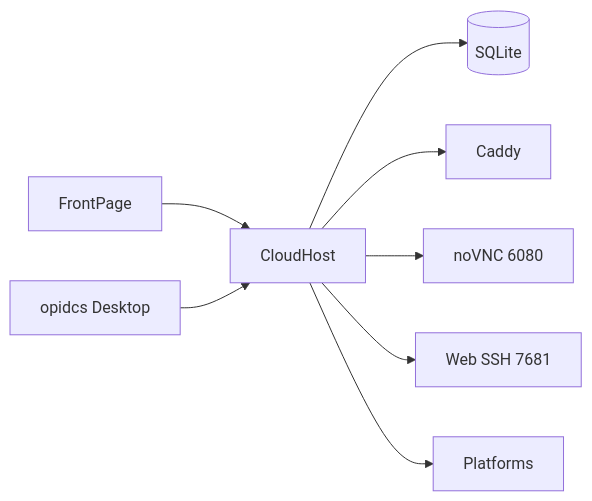
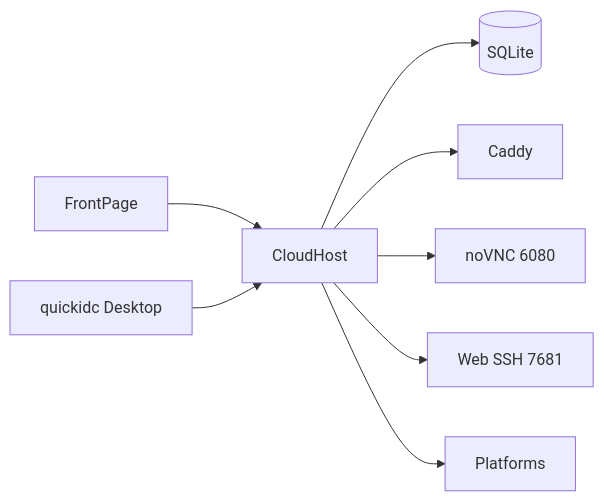
The diagram in docs/9-en/5-structure/0-index.md (OpenIDCSTeam/Documents), drawn with Mermaid before and after one commit. The commit also changed other lines of this file and 138 other files, not shown here.

````diff
--- a/docs/9-en/5-structure/0-index.md
+++ b/docs/9-en/5-structure/0-index.md
@@ -15,10 +15,10 @@
 ```mermaid
 graph LR
     FP[FrontPage] --> CH[CloudHost]
-    GUI[opidcs Desktop] --> CH
+    GUI[quickidc Desktop] --> CH
     CH --> DB[(SQLite)]
     CH --> CD[Caddy]
     CH --> VNC[noVNC 6080]
     CH --> SSH[Web SSH 7681]
     CH --> P[Platforms]
 ```
````
